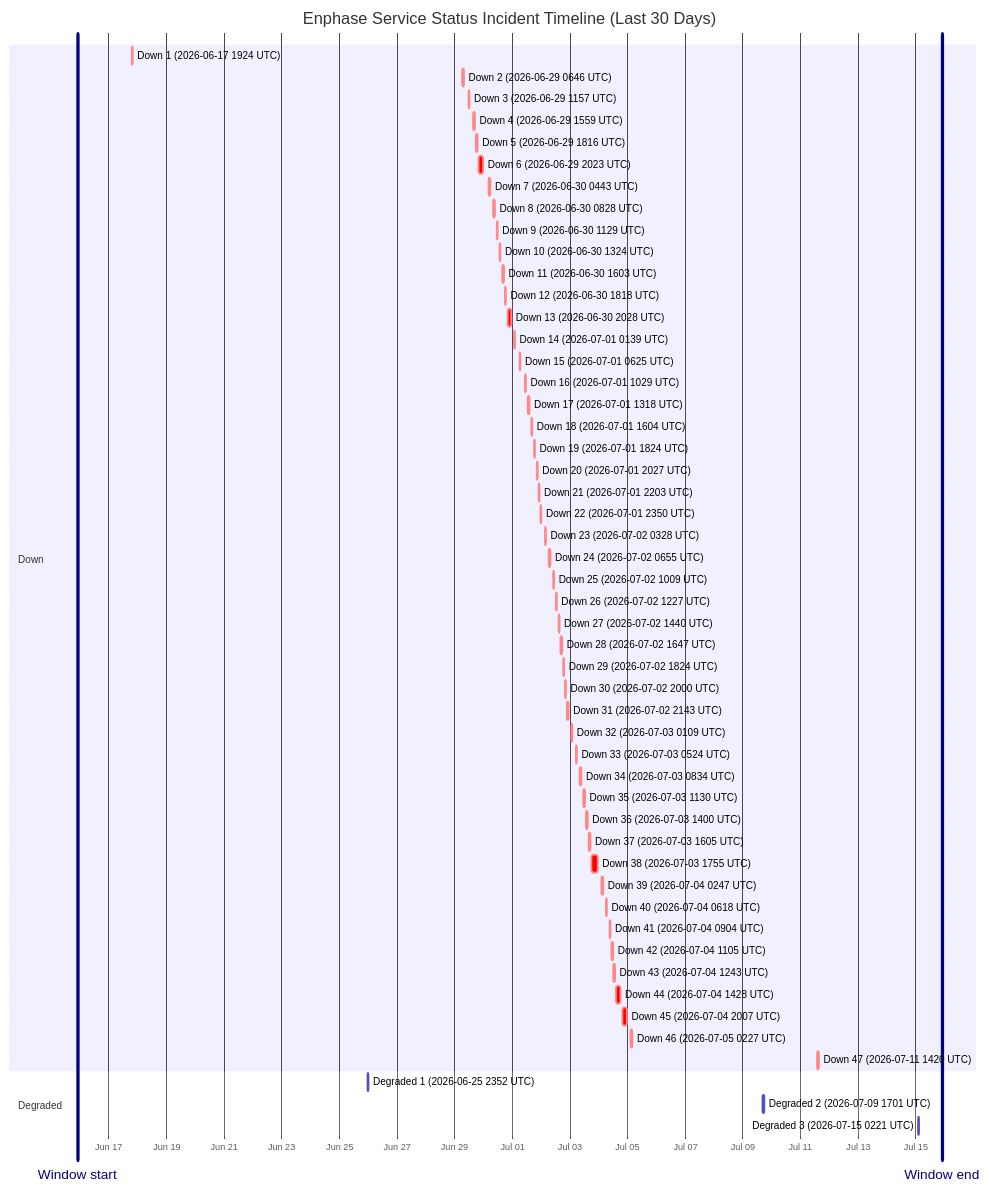
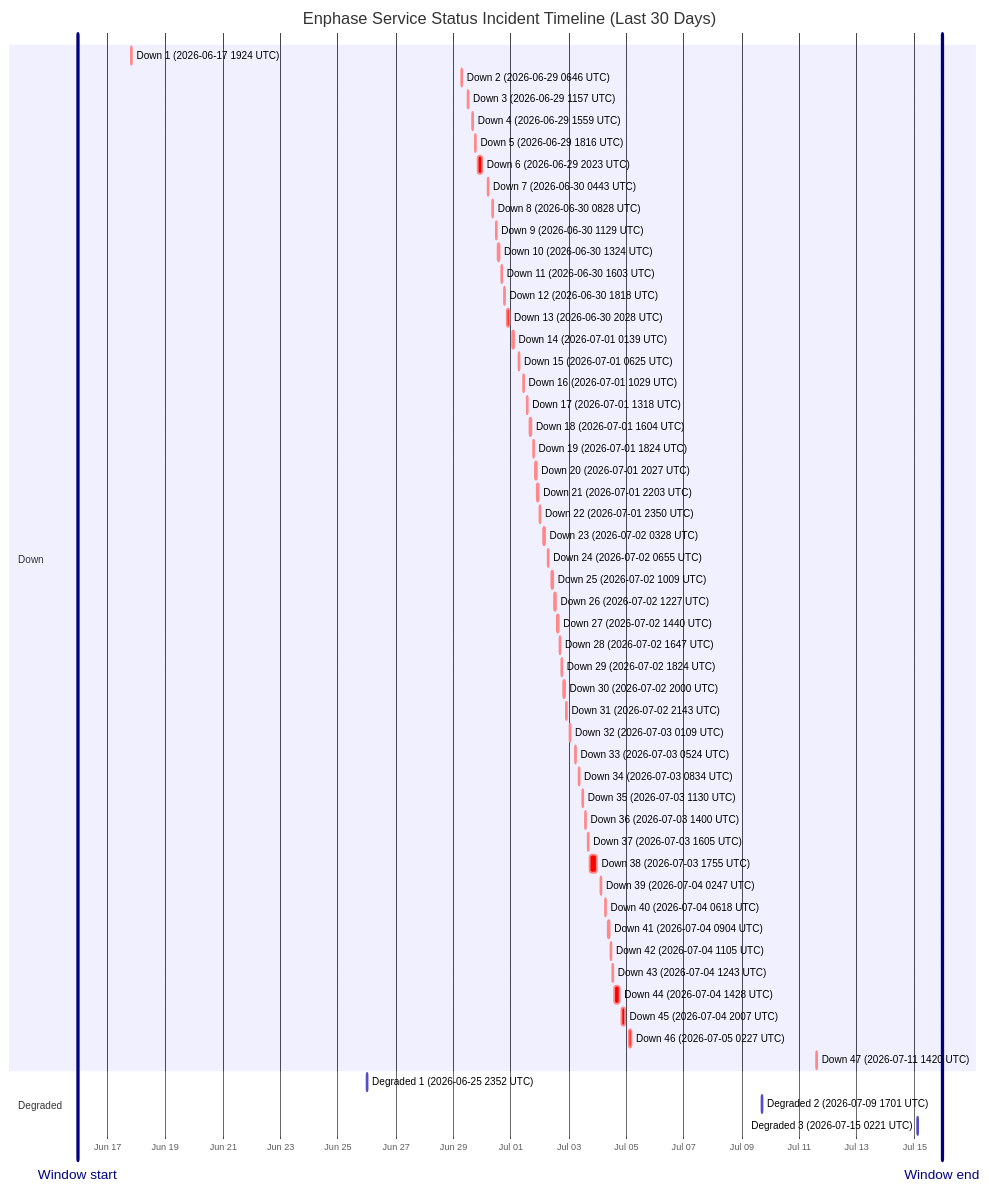
One commit to barneyonline/ha-enphase-energy changed the diagram in wiki/Service-Status-History.md. Above: the diagram before and after it, drawn with Mermaid. The commit also changed other lines of this file and 3 other files, not shown here.

````diff
--- a/wiki/Service-Status-History.md
+++ b/wiki/Service-Status-History.md
@@ -14,60 +14,60 @@
 ```mermaid
 gantt
     title Enphase Service Status Incident Timeline (Last 30 Days)
     dateFormat  YYYY-MM-DDTHH:mm:ss
     axisFormat  %b %d
-    Window start :vert, window-start, 2026-06-15T21:58:48, 0ms
-    Window end :vert, window-end, 2026-07-15T21:58:48, 0ms
+    Window start :vert, window-start, 2026-06-15T23:04:37, 0ms
+    Window end :vert, window-end, 2026-07-15T23:04:37, 0ms
     section Down
     Down 1 (2026-06-17 1924 UTC) :crit, down-1, 2026-06-17T19:24:51, 60m
     Down 2 (2026-06-29 0646 UTC) :crit, down-2, 2026-06-29T06:46:18, 60m
     Down 3 (2026-06-29 1157 UTC) :crit, down-3, 2026-06-29T11:57:36, 60m
     Down 4 (2026-06-29 1559 UTC) :crit, down-4, 2026-06-29T15:59:02, 60m
     Down 5 (2026-06-29 1816 UTC) :crit, down-5, 2026-06-29T18:16:38, 60m
     Down 6 (2026-06-29 2023 UTC) :crit, down-6, 2026-06-29T20:23:16, 220m
     Down 7 (2026-06-30 0443 UTC) :crit, down-7, 2026-06-30T04:43:54, 60m
     Down 8 (2026-06-30 0828 UTC) :crit, down-8, 2026-06-30T08:28:43, 60m
     Down 9 (2026-06-30 1129 UTC) :crit, down-9, 2026-06-30T11:29:15, 60m
     Down 10 (2026-06-30 1324 UTC) :crit, down-10, 2026-06-30T13:24:25, 60m
     Down 11 (2026-06-30 1603 UTC) :crit, down-11, 2026-06-30T16:03:26, 60m
     Down 12 (2026-06-30 1818 UTC) :crit, down-12, 2026-06-30T18:18:39, 60m
     Down 13 (2026-06-30 2028 UTC) :crit, down-13, 2026-06-30T20:28:54, 171m
     Down 14 (2026-07-01 0139 UTC) :crit, down-14, 2026-07-01T01:39:18, 60m
     Down 15 (2026-07-01 0625 UTC) :crit, down-15, 2026-07-01T06:25:35, 60m
     Down 16 (2026-07-01 1029 UTC) :crit, down-16, 2026-07-01T10:29:24, 60m
     Down 17 (2026-07-01 1318 UTC) :crit, down-17, 2026-07-01T13:18:31, 60m
     Down 18 (2026-07-01 1604 UTC) :crit, down-18, 2026-07-01T16:04:29, 60m
     Down 19 (2026-07-01 1824 UTC) :crit, down-19, 2026-07-01T18:24:21, 60m
     Down 20 (2026-07-01 2027 UTC) :crit, down-20, 2026-07-01T20:27:17, 60m
     Down 21 (2026-07-01 2203 UTC) :crit, down-21, 2026-07-01T22:03:46, 60m
     Down 22 (2026-07-01 2350 UTC) :crit, down-22, 2026-07-01T23:50:52, 60m
     Down 23 (2026-07-02 0328 UTC) :crit, down-23, 2026-07-02T03:28:33, 60m
     Down 24 (2026-07-02 0655 UTC) :crit, down-24, 2026-07-02T06:55:07, 60m
     Down 25 (2026-07-02 1009 UTC) :crit, down-25, 2026-07-02T10:09:15, 60m
     Down 26 (2026-07-02 1227 UTC) :crit, down-26, 2026-07-02T12:27:49, 60m
     Down 27 (2026-07-02 1440 UTC) :crit, down-27, 2026-07-02T14:40:53, 60m
     Down 28 (2026-07-02 1647 UTC) :crit, down-28, 2026-07-02T16:47:47, 60m
     Down 29 (2026-07-02 1824 UTC) :crit, down-29, 2026-07-02T18:24:26, 60m
     Down 30 (2026-07-02 2000 UTC) :crit, down-30, 2026-07-02T20:00:57, 60m
     Down 31 (2026-07-02 2143 UTC) :crit, down-31, 2026-07-02T21:43:52, 80m
     Down 32 (2026-07-03 0109 UTC) :crit, down-32, 2026-07-03T01:09:19, 60m
     Down 33 (2026-07-03 0524 UTC) :crit, down-33, 2026-07-03T05:24:23, 60m
     Down 34 (2026-07-03 0834 UTC) :crit, down-34, 2026-07-03T08:34:05, 60m
     Down 35 (2026-07-03 1130 UTC) :crit, down-35, 2026-07-03T11:30:41, 60m
     Down 36 (2026-07-03 1400 UTC) :crit, down-36, 2026-07-03T14:00:48, 60m
     Down 37 (2026-07-03 1605 UTC) :crit, down-37, 2026-07-03T16:05:49, 60m
     Down 38 (2026-07-03 1755 UTC) :crit, down-38, 2026-07-03T17:55:54, 338m
     Down 39 (2026-07-04 0247 UTC) :crit, down-39, 2026-07-04T02:47:22, 60m
     Down 40 (2026-07-04 0618 UTC) :crit, down-40, 2026-07-04T06:18:09, 60m
     Down 41 (2026-07-04 0904 UTC) :crit, down-41, 2026-07-04T09:04:41, 60m
     Down 42 (2026-07-04 1105 UTC) :crit, down-42, 2026-07-04T11:05:21, 60m
     Down 43 (2026-07-04 1243 UTC) :crit, down-43, 2026-07-04T12:43:25, 60m
     Down 44 (2026-07-04 1428 UTC) :crit, down-44, 2026-07-04T14:28:07, 243m
     Down 45 (2026-07-04 2007 UTC) :crit, down-45, 2026-07-04T20:07:50, 206m
     Down 46 (2026-07-05 0227 UTC) :crit, down-46, 2026-07-05T02:27:32, 109m
     Down 47 (2026-07-11 1420 UTC) :crit, down-47, 2026-07-11T14:20:54, 69m
     section Degraded
     Degraded 1 (2026-06-25 2352 UTC) :active, degraded-1, 2026-06-25T23:52:01, 60m
     Degraded 2 (2026-07-09 1701 UTC) :active, degraded-2, 2026-07-09T17:01:02, 60m
     Degraded 3 (2026-07-15 0221 UTC) :active, degraded-3, 2026-07-15T02:21:35, 60m
 ```
````
